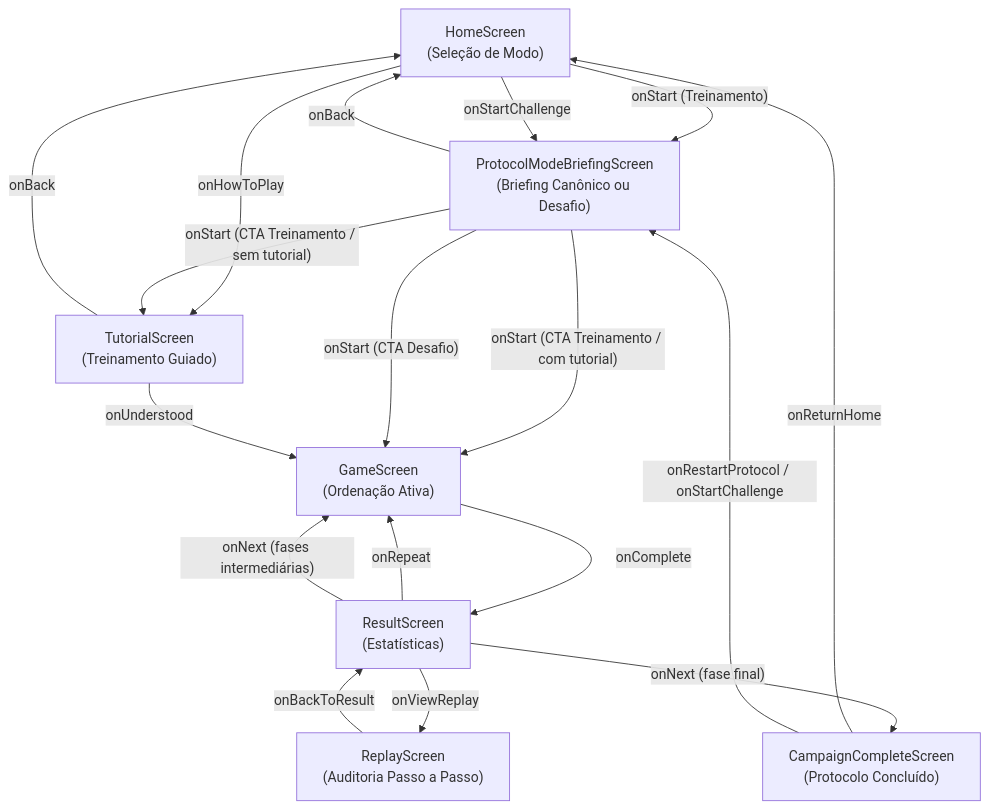
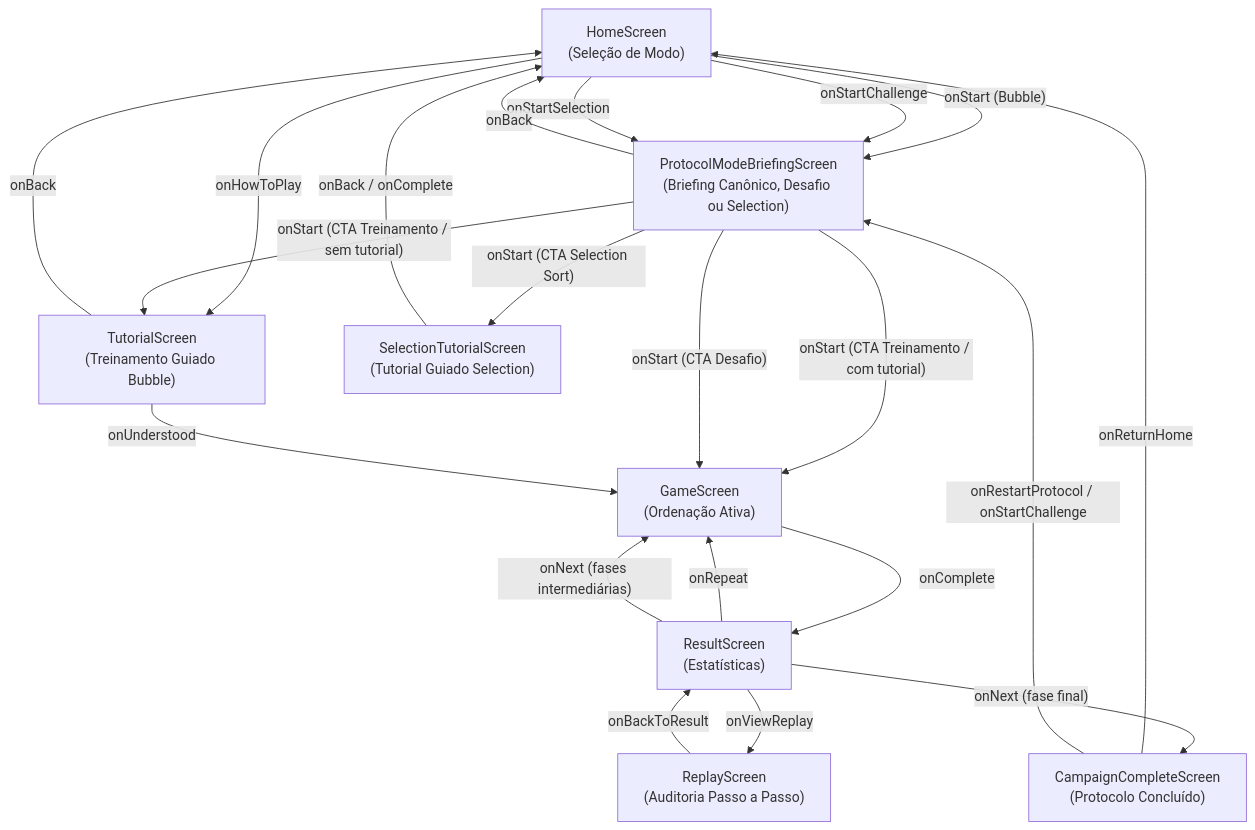
The diagram in docs/wiki/03-frontend.md (MarcosV22/Sorting-Station-Interface-Design), drawn with Mermaid before and after one commit. The commit also changed other lines of this file and 25 other files, not shown here.

````diff
--- a/docs/wiki/03-frontend.md
+++ b/docs/wiki/03-frontend.md
@@ -61,20 +62,23 @@
 ```mermaid
 flowchart TD
-    Home["HomeScreen\n(Seleção de Modo)"] -->|"onStart (Treinamento)"| Briefing["ProtocolModeBriefingScreen\n(Briefing Canônico ou Desafio)"]
+    Home["HomeScreen\n(Seleção de Modo)"] -->|"onStart (Bubble)"| Briefing["ProtocolModeBriefingScreen\n(Briefing Canônico, Desafio ou Selection)"]
     Home -->|"onStartChallenge"| Briefing
-    Home -->|"onHowToPlay"| Tutorial["TutorialScreen\n(Treinamento Guiado)"]
+    Home -->|"onStartSelection"| Briefing
+    Home -->|"onHowToPlay"| Tutorial["TutorialScreen\n(Treinamento Guiado Bubble)"]
     Briefing -->|"onBack"| Home
     Briefing -->|"onStart (CTA Treinamento / sem tutorial)"| Tutorial
     Briefing -->|"onStart (CTA Treinamento / com tutorial)"| Game["GameScreen\n(Ordenação Ativa)"]
     Briefing -->|"onStart (CTA Desafio)"| Game
+    Briefing -->|"onStart (CTA Selection Sort)"| SelectionTut["SelectionTutorialScreen\n(Tutorial Guiado Selection)"]
+    SelectionTut -->|"onBack / onComplete"| Home
     Tutorial -->|"onBack"| Home
     Tutorial -->|"onUnderstood"| Game
     Game -->|"onComplete"| Result["ResultScreen\n(Estatísticas)"]
     Result -->|"onRepeat"| Game
     Result -->|"onNext (fases intermediárias)"| Game
     Result -->|"onViewReplay"| Replay["ReplayScreen\n(Auditoria Passo a Passo)"]
     Replay -->|"onBackToResult"| Result
     Result -->|"onNext (fase final)"| Complete["CampaignCompleteScreen\n(Protocolo Concluído)"]
     Complete -->|"onReturnHome"| Home
     Complete -->|"onRestartProtocol / onStartChallenge"| Briefing
 ```
````
